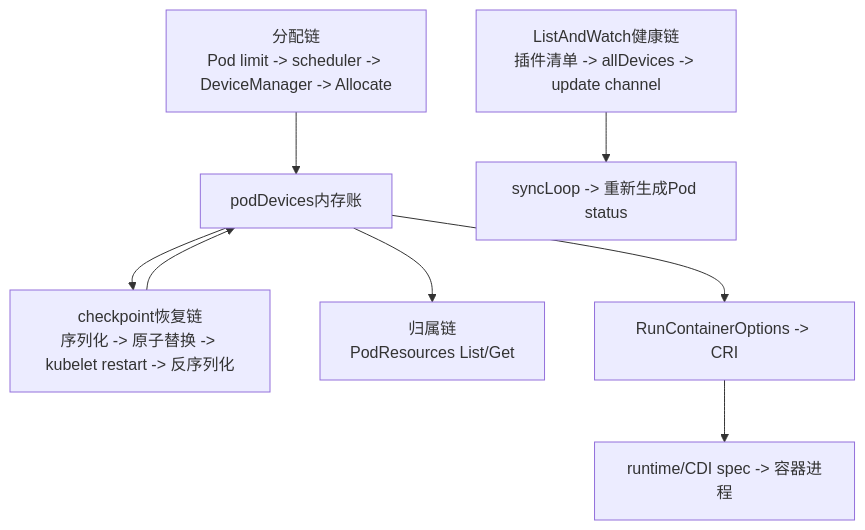
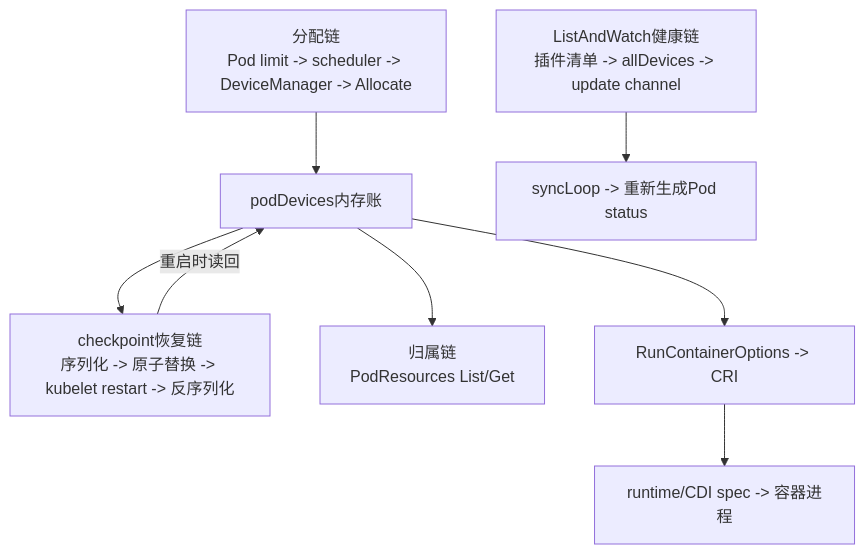
Before and after one commit to zz-datou/k8s_plat_gpu: the first of 3 diagrams in 07_正式学习讲义/17_checkpoint_健康状态_PodResources与CDI恢复账本.md, drawn with Mermaid. The commit also changed other lines of this file and 3 other files, not shown here.

````diff
--- a/07_正式学习讲义/17_checkpoint_健康状态_PodResources与CDI恢复账本.md
+++ b/07_正式学习讲义/17_checkpoint_健康状态_PodResources与CDI恢复账本.md
@@ -114,10 +168,10 @@
 ```mermaid
 flowchart TD
     A["分配链<br/>Pod limit -> scheduler -> DeviceManager -> Allocate"] --> B["podDevices内存账"]
     B --> C["checkpoint恢复链<br/>序列化 -> 原子替换 -> kubelet restart -> 反序列化"]
     D["ListAndWatch健康链<br/>插件清单 -> allDevices -> update channel"] --> E["syncLoop -> 重新生成Pod status"]
     B --> F["归属链<br/>PodResources List/Get"]
-    C --> B
+    C -->|重启时读回| B
     B --> G["RunContainerOptions -> CRI"]
     G --> H["runtime/CDI spec -> 容器进程"]
 ```
````
